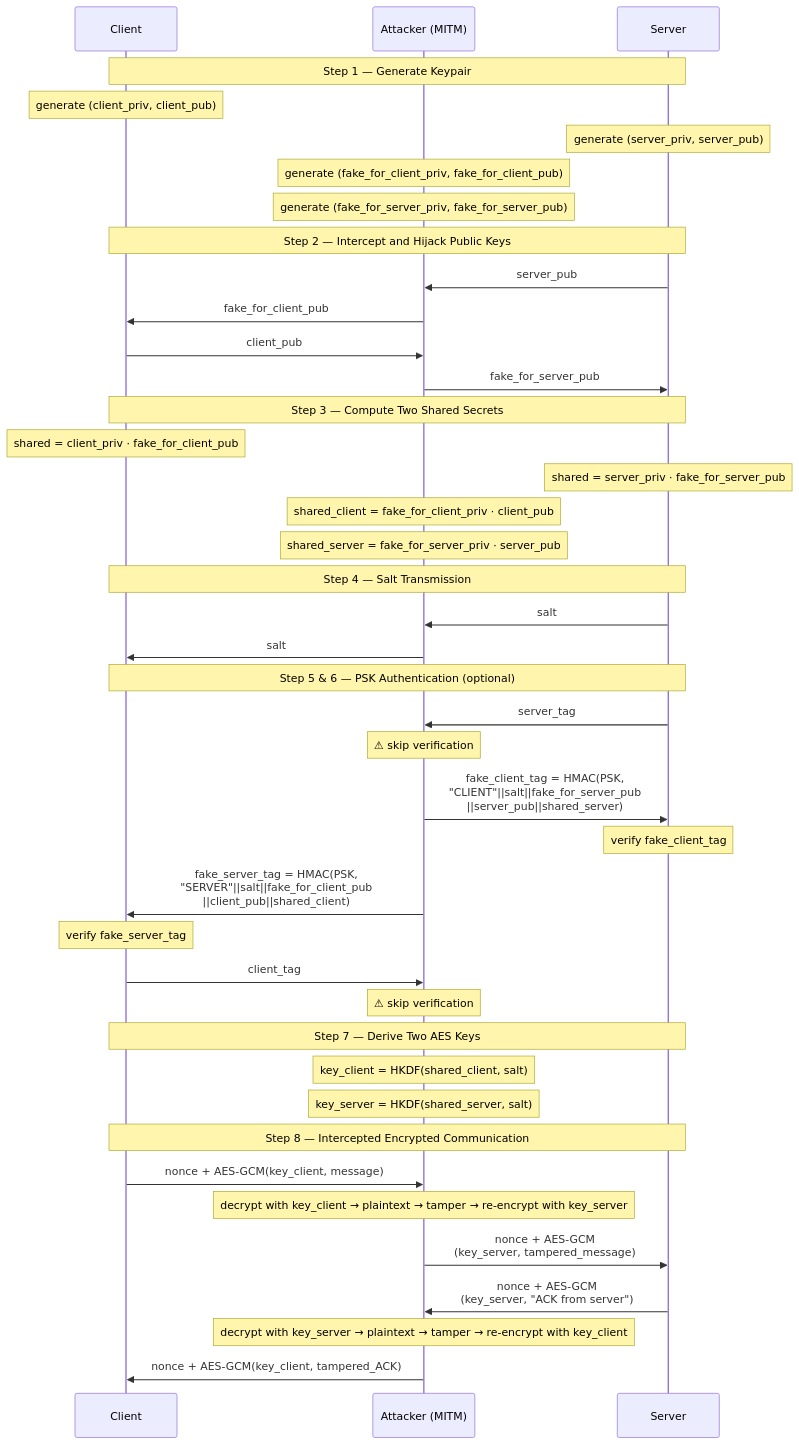
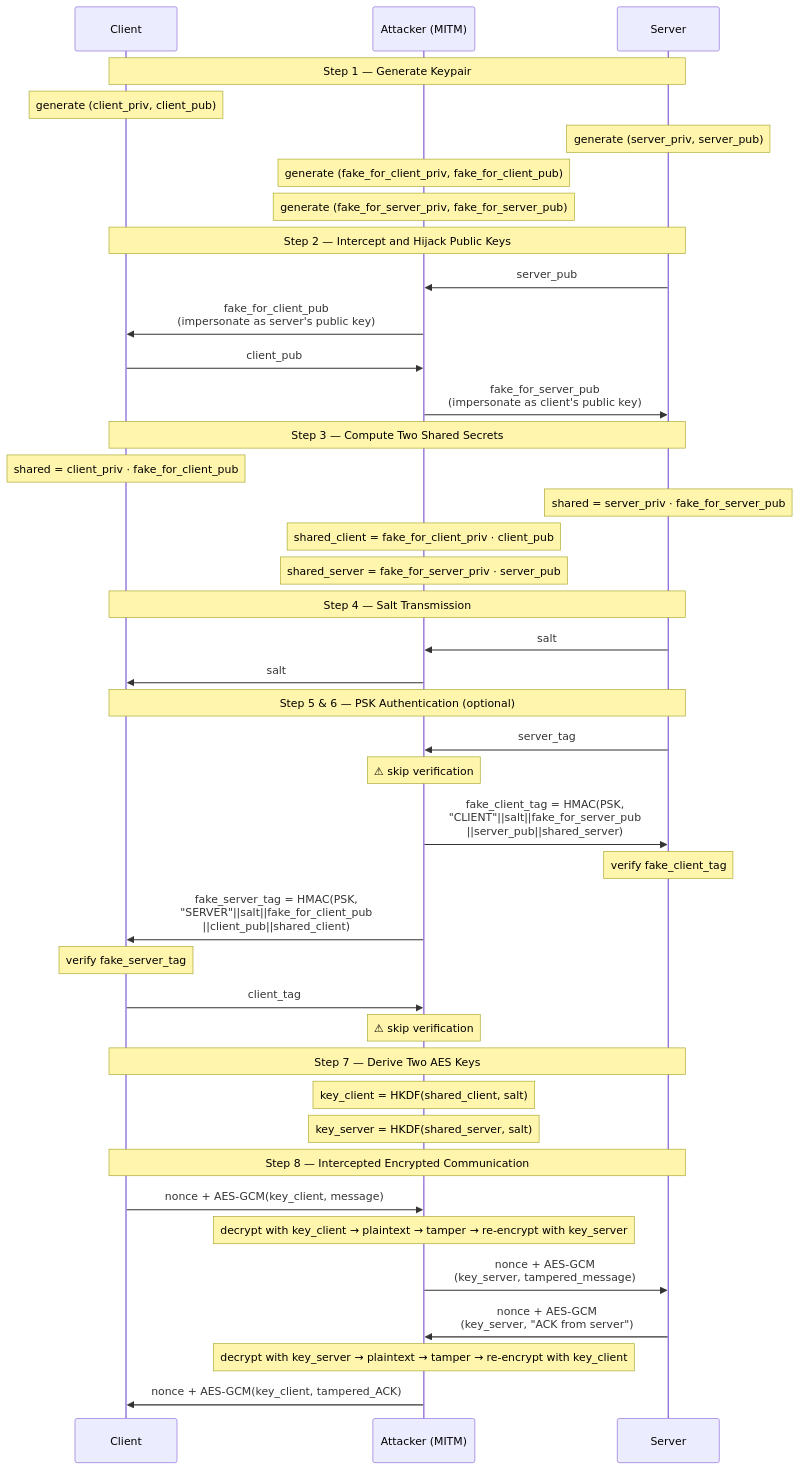
One commit to hanbo-fan/diffie-hellman-mitm-attack-demo changed the second of 3 diagrams in README.md. Above: the diagram before and after it, drawn with Mermaid.

````diff
--- a/README.md
+++ b/README.md
@@ -51,50 +51,50 @@
 ```mermaid
 sequenceDiagram
     participant C as Client
     participant M as Attacker (MITM)
     participant S as Server
 
     Note over C,S: Step 1 — Generate Keypair
     Note over C: generate (client_priv, client_pub)
     Note over S: generate (server_priv, server_pub)
     Note over M: generate (fake_for_client_priv, fake_for_client_pub)
     Note over M: generate (fake_for_server_priv, fake_for_server_pub)
     
     Note over C,S: Step 2 — Intercept and Hijack Public Keys
     S->>M: server_pub
-    M->>C: fake_for_client_pub
+    M->>C: fake_for_client_pub<br/>(impersonate as server's public key)
     C->>M: client_pub
-    M->>S: fake_for_server_pub
+    M->>S: fake_for_server_pub<br/>(impersonate as client's public key)
 
     Note over C,S: Step 3 — Compute Two Shared Secrets
     Note over C: shared = client_priv · fake_for_client_pub
     Note over S: shared = server_priv · fake_for_server_pub
     Note over M: shared_client = fake_for_client_priv · client_pub
     Note over M: shared_server = fake_for_server_priv · server_pub
 
     Note over C,S: Step 4 — Salt Transmission
     S->>M: salt
     M->>C: salt
 
     Note over C,S: Step 5 & 6 — PSK Authentication (optional)
     S->>M: server_tag
     Note over M: ⚠ skip verification
     M->>S: fake_client_tag = HMAC(PSK, <br/>"CLIENT"||salt||fake_for_server_pub<br/>||server_pub||shared_server)
     Note over S: verify fake_client_tag
     M->>C: fake_server_tag = HMAC(PSK, <br/>"SERVER"||salt||fake_for_client_pub<br/>||client_pub||shared_client)
     Note over C: verify fake_server_tag
     C->>M: client_tag
     Note over M: ⚠ skip verification
 
     Note over C,S: Step 7 — Derive Two AES Keys
     Note over M: key_client = HKDF(shared_client, salt)
     Note over M: key_server = HKDF(shared_server, salt)
 
     Note over C,S: Step 8 — Intercepted Encrypted Communication
     C->>M: nonce + AES-GCM(key_client, message)
     Note over M: decrypt with key_client → plaintext → tamper → re-encrypt with key_server
     M->>S: nonce + AES-GCM<br/>(key_server, tampered_message)
     S->>M: nonce + AES-GCM<br/>(key_server, "ACK from server")
     Note over M: decrypt with key_server → plaintext → tamper → re-encrypt with key_client
     M->>C: nonce + AES-GCM(key_client, tampered_ACK)
 ```
````
